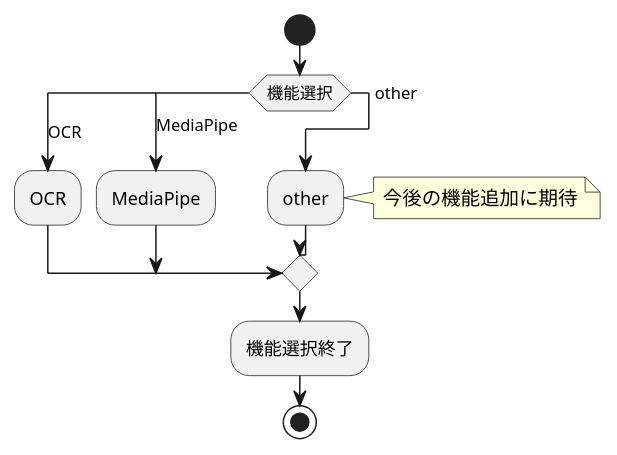
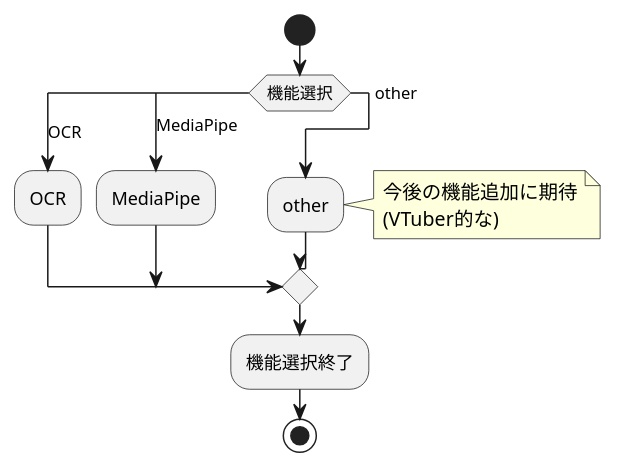
Before and after one commit to penguintrainer/OCR: the second of 4 diagrams in doc/SRS.md, drawn with PlantUML. The commit also changed other lines of this file, not shown here.

````diff
--- a/doc/SRS.md
+++ b/doc/SRS.md
@@ -28,16 +30,16 @@
 ```plantuml
 @startuml
 start
 switch (機能選択)
     case(OCR)
         :OCR;
     case (MediaPipe) 
         :MediaPipe;
     case (other)
         :other;
-        note right: 今後の機能追加に期待
+        note right: 今後の機能追加に期待\n(VTuber的な)
     endswitch
 :機能選択終了;
 stop
 @enduml
 ```
````
